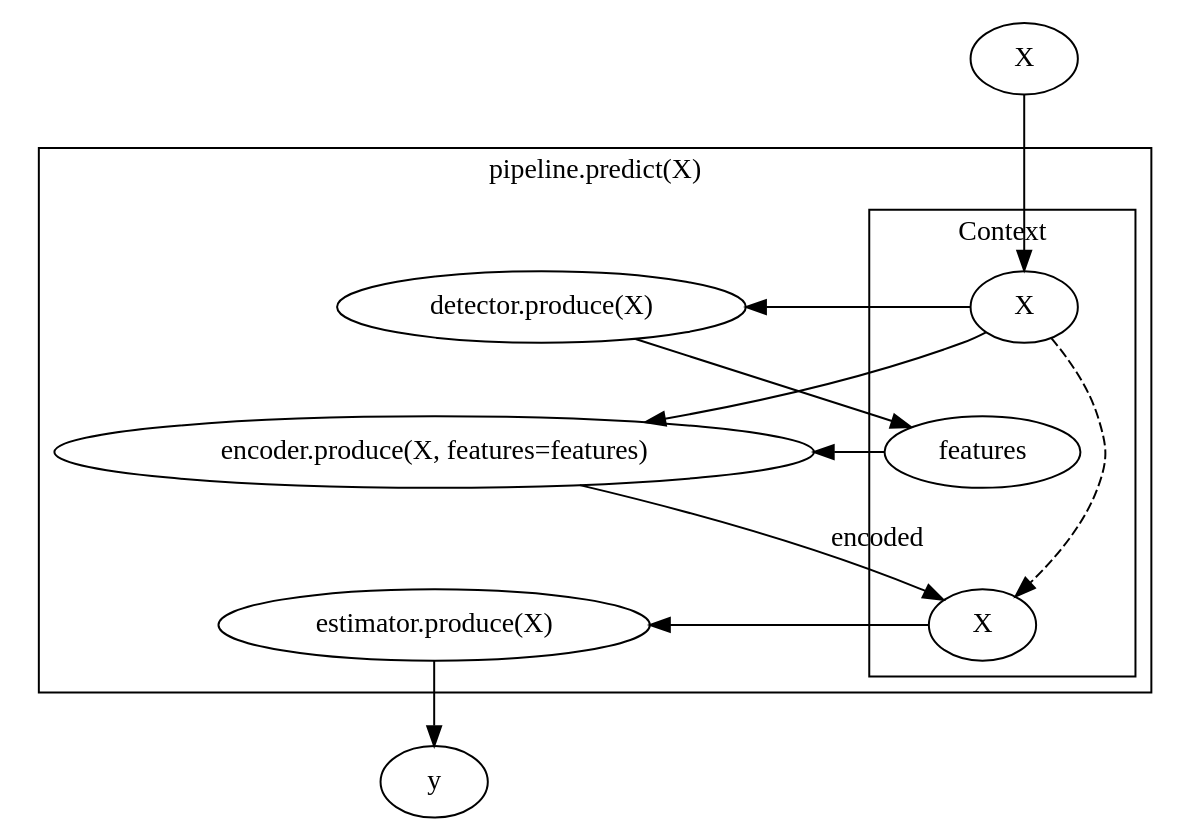
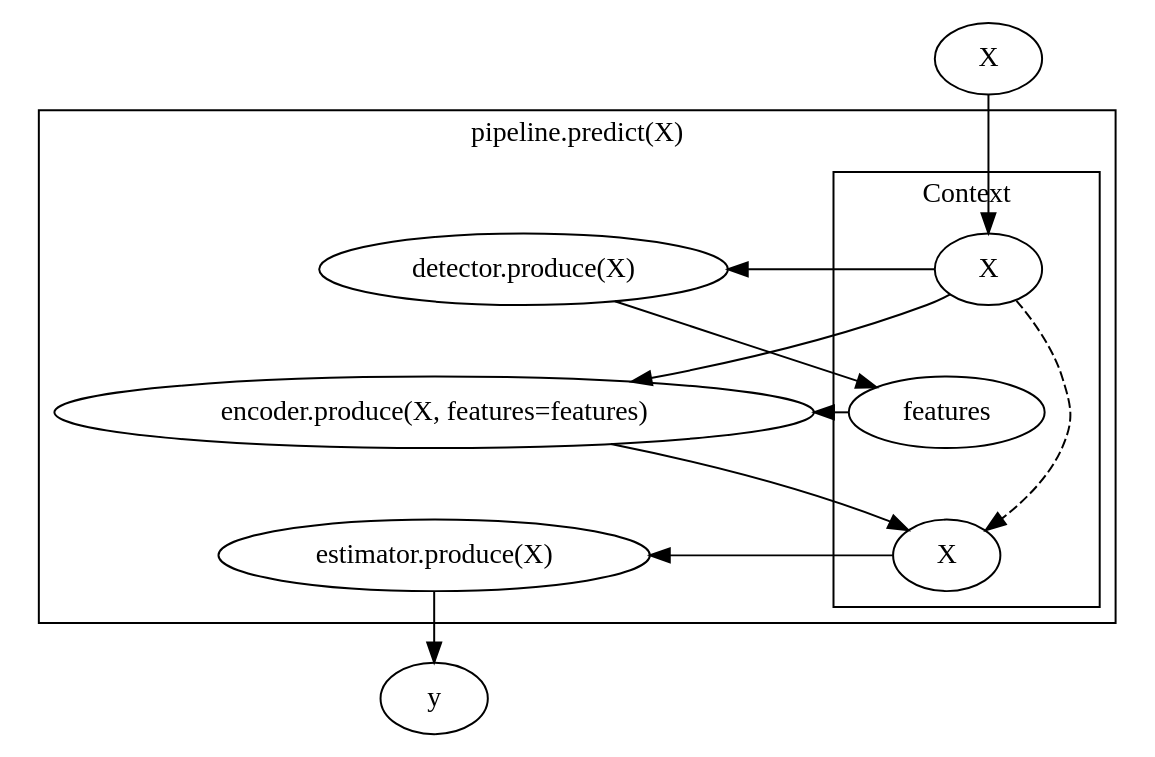
The fifth of 5 diagrams in docs/advanced_usage/pipelines.rst (MLBazaar/MLBlocks), drawn with Graphviz before and after one commit. The commit also changed other lines of this file and 14 other files, not shown here.

```diff
--- a/docs/advanced_usage/pipelines.rst
+++ b/docs/advanced_usage/pipelines.rst
@@ -232,31 +234,31 @@
 .. graphviz::
 
     digraph G {
         subgraph cluster_0 {
             label = "pipeline.predict(X)";
 
             b0 [label="detector.produce(X)"];
             b1 [label="encoder.produce(X, features=features)"];
             b2 [label="estimator.produce(X)"];
 
             b0 -> b1 -> b2 [style=invis];
 
             subgraph cluster_1 {
-                X1 [label=X];
-                f1 [label=features];
-                X2 [label=X];
+                X1 [label=X group=c];
+                f1 [label=features group=c];
+                X2 [label=X group=c];
                 X1 -> f1 -> X2 [style=invis];
                 X1 -> X2 [style=dashed];
                 label = "Context";
             }
 
         }
 
         X -> X1;
         X1 -> b0 [constraint=false];
         b0 -> f1;
         {X1 f1} -> b1 [constraint=false];
-        b1 -> X2 [label=encoded];
+        b1 -> X2;
         X2 -> b2 [constraint=false]
         b2 -> y
     }
```
